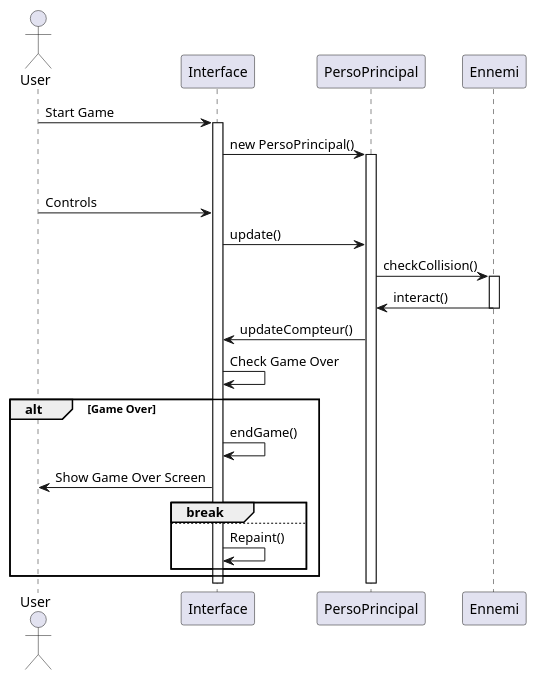
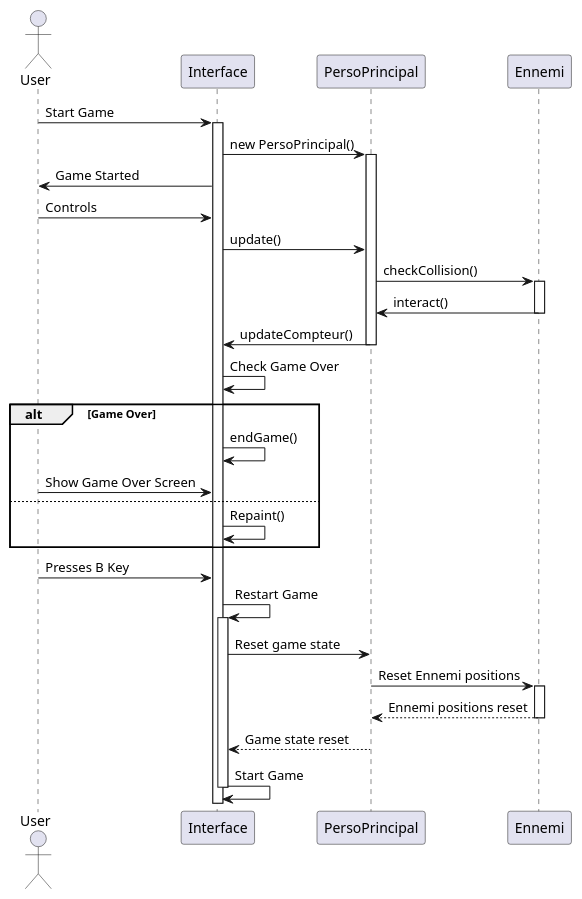
The diagram in Diagramme_de_sequence.PlantUml (Naadal021/ISN-2023-powerrangers), drawn with PlantUML before and after one commit.

Commit message:
sequence sprint4

```diff
--- a/Diagramme_de_sequence.PlantUml
+++ b/Diagramme_de_sequence.PlantUml
@@ -1,32 +1,40 @@
 @startuml
 actor User
 participant Interface
 participant PersoPrincipal
 participant Ennemi
 
 User -> Interface: Start Game
 activate Interface
 Interface -> PersoPrincipal: new PersoPrincipal()
 activate PersoPrincipal
-
-loop Game Loop
-  User -> Interface: Controls
-  Interface -> PersoPrincipal: update()
-  PersoPrincipal -> Ennemi: checkCollision()
-  activate Ennemi
-  Ennemi -> PersoPrincipal: interact()
-  deactivate Ennemi
-  PersoPrincipal -> Interface: updateCompteur()
-  Interface -> Interface: Check Game Over
-  alt Game Over
-    Interface -> Interface: endGame()
-    Interface -> User: Show Game Over Screen
-    break
+Interface -> User: Game Started
+User -> Interface: Controls
+Interface -> PersoPrincipal: update()
+PersoPrincipal -> Ennemi: checkCollision()
+activate Ennemi
+Ennemi -> PersoPrincipal: interact()
+deactivate Ennemi
+PersoPrincipal -> Interface: updateCompteur()
+deactivate PersoPrincipal
+Interface -> Interface: Check Game Over
+alt Game Over
+  Interface -> Interface: endGame()
+  User -> Interface: Show Game Over Screen
   else
-    Interface -> Interface: Repaint()
-  end
+  Interface -> Interface: Repaint()
 end
 
-deactivate PersoPrincipal
+User -> Interface: Presses B Key
+Interface -> Interface: Restart Game
+activate Interface
+Interface -> PersoPrincipal: Reset game state
+PersoPrincipal -> Ennemi: Reset Ennemi positions
+activate Ennemi
+Ennemi --> PersoPrincipal: Ennemi positions reset
+deactivate Ennemi
+PersoPrincipal --> Interface: Game state reset
+Interface -> Interface: Start Game
 deactivate Interface
+
 @enduml
```
